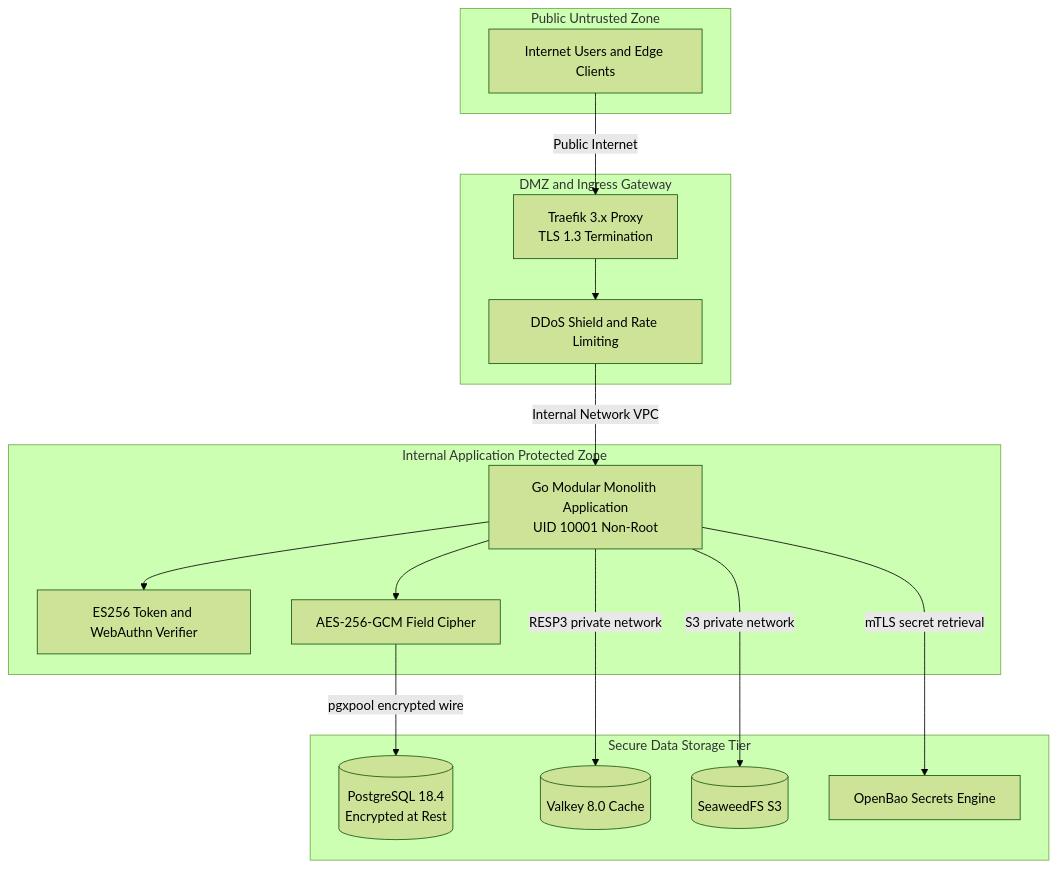
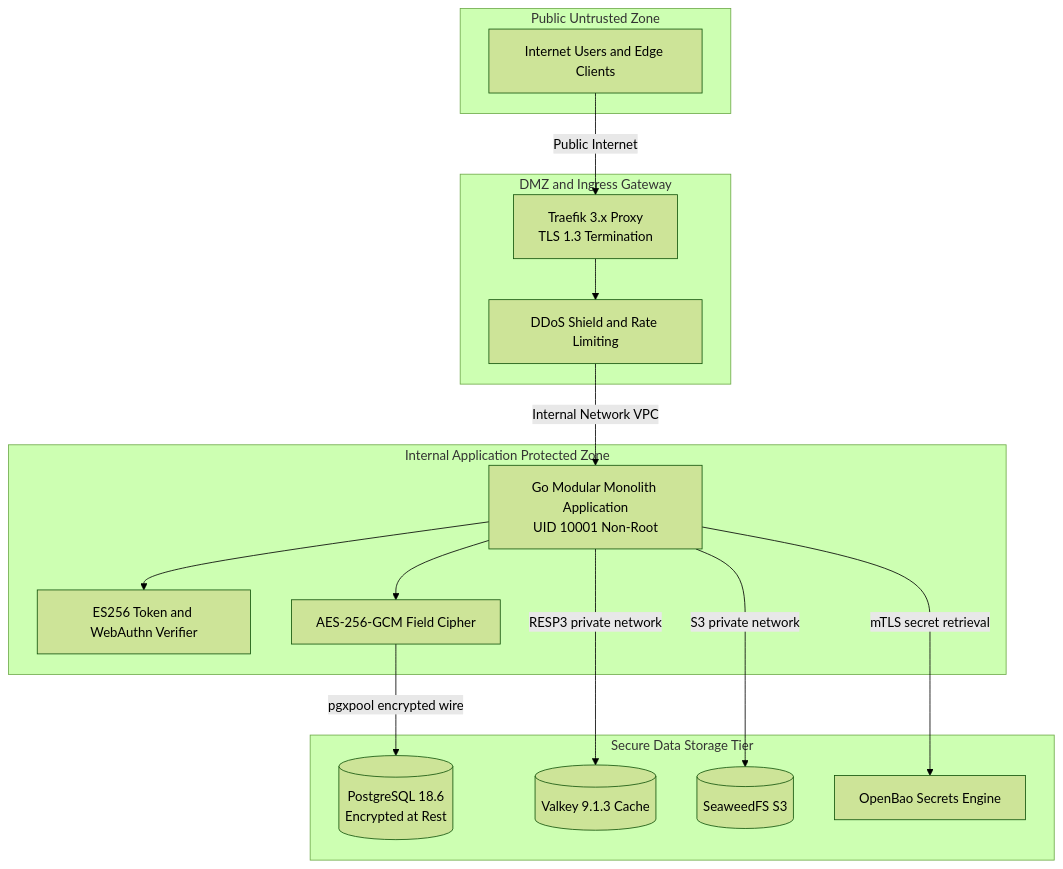
Before and after one commit to YDink/Heavy-Machinery-Logistics-Rental: the eighth of 10 diagrams in docs/shared/architecture/03-system-architecture-overview.md, drawn with Mermaid (forest theme). The commit also changed other lines of this file and 212 other files, not shown here.

````diff
--- a/docs/shared/architecture/03-system-architecture-overview.md
+++ b/docs/shared/architecture/03-system-architecture-overview.md
@@ -400,36 +400,36 @@
 ```mermaid
 flowchart TD
     subgraph PublicUntrusted [Public Untrusted Zone]
         InternetUsers["Internet Users and Edge Clients"]
     end
 
     subgraph DMZIngress [DMZ and Ingress Gateway]
         TraefikEdge["Traefik 3.x Proxy<br/>TLS 1.3 Termination"]
         Shield["DDoS Shield and Rate Limiting"]
     end
 
     subgraph InternalAppZone [Internal Application Protected Zone]
         GoMonolith["Go Modular Monolith Application<br/>UID 10001 Non-Root"]
         TokenVerifier["ES256 Token and WebAuthn Verifier"]
         AESCipher["AES-256-GCM Field Cipher"]
     end
 
     subgraph SecureDataZone [Secure Data Storage Tier]
-        PostgresCore[("PostgreSQL 18.4<br/>Encrypted at Rest")]
-        ValkeyCore[("Valkey 8.0 Cache")]
+        PostgresCore[("PostgreSQL 18.6<br/>Encrypted at Rest")]
+        ValkeyCore[("Valkey 9.1.3 Cache")]
         SeaweedCore[("SeaweedFS S3")]
         VaultCore["OpenBao Secrets Engine"]
     end
 
     InternetUsers -->|Public Internet| TraefikEdge
     TraefikEdge --> Shield
     Shield -->|Internal Network VPC| GoMonolith
 
     GoMonolith --> TokenVerifier
     GoMonolith --> AESCipher
 
     AESCipher -->|pgxpool encrypted wire| PostgresCore
     GoMonolith -->|RESP3 private network| ValkeyCore
     GoMonolith -->|S3 private network| SeaweedCore
     GoMonolith -->|mTLS secret retrieval| VaultCore
 ```
````
